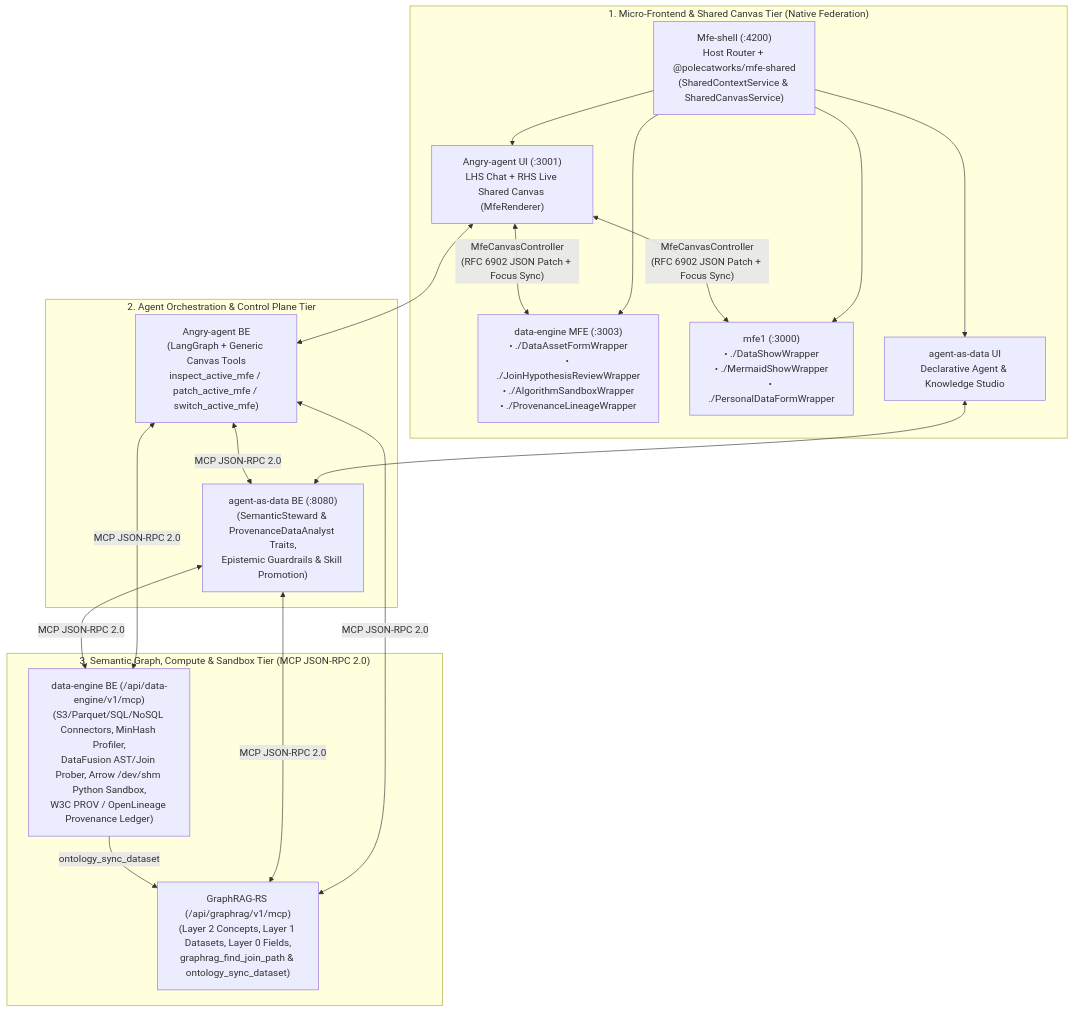
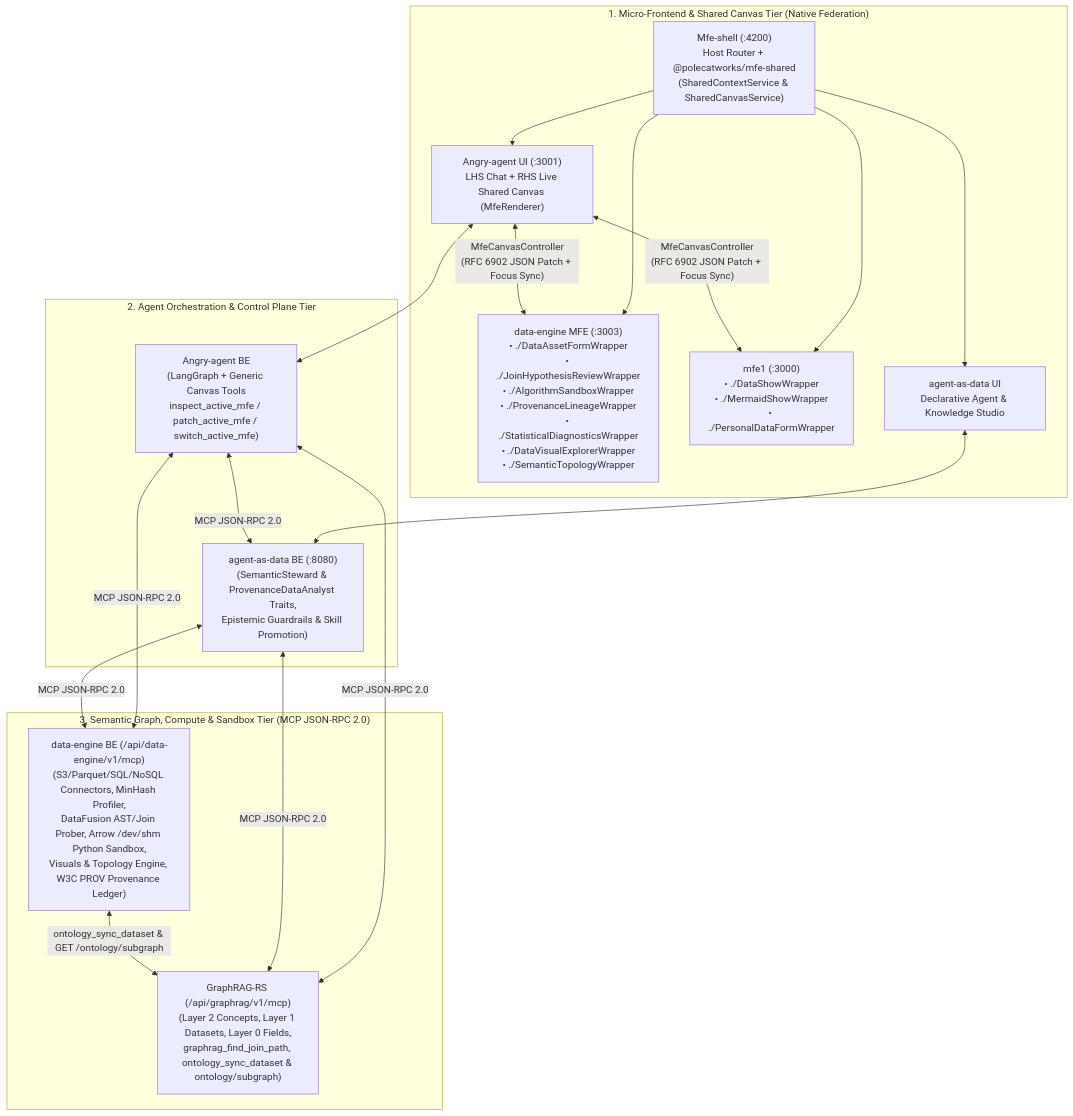
The first of 4 diagrams in spec/prds/ecosystem-architecture-and-journeys-prd.md (PolecatWorks/data-engine), drawn with Mermaid before and after one commit. The commit also changed other lines of this file and 8 other files, not shown here.

Commit message:
docs(prd,spec): add PRD 09 and draft TDD specs 13-15 for data visuals & semantic topology

````diff
--- a/spec/prds/ecosystem-architecture-and-journeys-prd.md
+++ b/spec/prds/ecosystem-architecture-and-journeys-prd.md
@@ -15,28 +15,28 @@
 ```mermaid
 flowchart TB
     subgraph FrontendTier["1. Micro-Frontend & Shared Canvas Tier (Native Federation)"]
         Shell["Mfe-shell (:4200)\nHost Router + @polecatworks/mfe-shared\n(SharedContextService & SharedCanvasService)"]
         AngryUI["Angry-agent UI (:3001)\nLHS Chat + RHS Live Shared Canvas (MfeRenderer)"]
-        DE_FE["data-engine MFE (:3003)\n• ./DataAssetFormWrapper\n• ./JoinHypothesisReviewWrapper\n• ./AlgorithmSandboxWrapper\n• ./ProvenanceLineageWrapper"]
+        DE_FE["data-engine MFE (:3003)\n• ./DataAssetFormWrapper\n• ./JoinHypothesisReviewWrapper\n• ./AlgorithmSandboxWrapper\n• ./ProvenanceLineageWrapper\n• ./StatisticalDiagnosticsWrapper\n• ./DataVisualExplorerWrapper\n• ./SemanticTopologyWrapper"]
         MFE1["mfe1 (:3000)\n• ./DataShowWrapper\n• ./MermaidShowWrapper\n• ./PersonalDataFormWrapper"]
         AAD_FE["agent-as-data UI\nDeclarative Agent & Knowledge Studio"]
     end
 
     subgraph AgentTier["2. Agent Orchestration & Control Plane Tier"]
         AngryBE["Angry-agent BE\n(LangGraph + Generic Canvas Tools\ninspect_active_mfe / patch_active_mfe / switch_active_mfe)"]
         AAD_BE["agent-as-data BE (:8080)\n(SemanticSteward & ProvenanceDataAnalyst Traits,\nEpistemic Guardrails & Skill Promotion)"]
     end
 
     subgraph DataAndGraphTier["3. Semantic Graph, Compute & Sandbox Tier (MCP JSON-RPC 2.0)"]
-        GR_BE["GraphRAG-RS (/api/graphrag/v1/mcp)\n(Layer 2 Concepts, Layer 1 Datasets, Layer 0 Fields,\ngraphrag_find_join_path & ontology_sync_dataset)"]
-        DE_BE["data-engine BE (/api/data-engine/v1/mcp)\n(S3/Parquet/SQL/NoSQL Connectors, MinHash Profiler,\nDataFusion AST/Join Prober, Arrow /dev/shm Python Sandbox,\nW3C PROV / OpenLineage Provenance Ledger)"]
+        GR_BE["GraphRAG-RS (/api/graphrag/v1/mcp)\n(Layer 2 Concepts, Layer 1 Datasets, Layer 0 Fields,\ngraphrag_find_join_path, ontology_sync_dataset & ontology/subgraph)"]
+        DE_BE["data-engine BE (/api/data-engine/v1/mcp)\n(S3/Parquet/SQL/NoSQL Connectors, MinHash Profiler,\nDataFusion AST/Join Prober, Arrow /dev/shm Python Sandbox,\nVisuals & Topology Engine, W3C PROV Provenance Ledger)"]
     end
 
     Shell --> AngryUI & DE_FE & MFE1 & AAD_FE
     AngryUI <-->|"MfeCanvasController\n(RFC 6902 JSON Patch + Focus Sync)"| DE_FE & MFE1
     AngryUI <--> AngryBE
     AAD_FE <--> AAD_BE
     AngryBE <-->|"MCP JSON-RPC 2.0"| GR_BE & DE_BE & AAD_BE
     AAD_BE <-->|"MCP JSON-RPC 2.0"| GR_BE & DE_BE
-    DE_BE -->|"ontology_sync_dataset"| GR_BE
+    DE_BE <-->|"ontology_sync_dataset & GET /ontology/subgraph"| GR_BE
 ```
````
